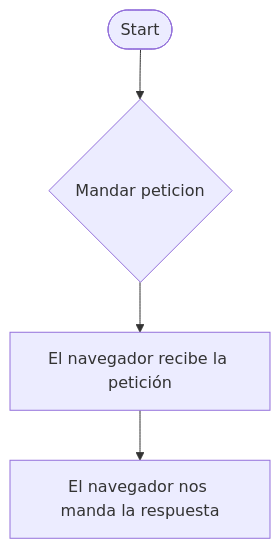
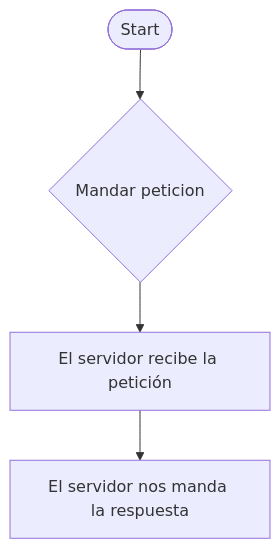
The diagram in UT1/ut1-auditoria-tecnologica.md (javy016/Clase), drawn with Mermaid before and after one commit.

````diff
--- a/UT1/ut1-auditoria-tecnologica.md
+++ b/UT1/ut1-auditoria-tecnologica.md
@@ -8,6 +8,6 @@
 ```mermaid
 flowchart TB
     A(["Start"]) --> B{"Mandar peticion"}
-    B --> C["El navegador recibe la petición"]
-    C --> n1["El navegador nos manda la respuesta"]
+    B --> C["El servidor recibe la petición"]
+    C --> n1["El servidor nos manda la respuesta"]
 ```
````
